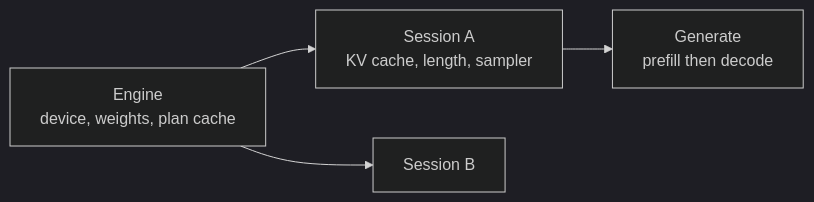
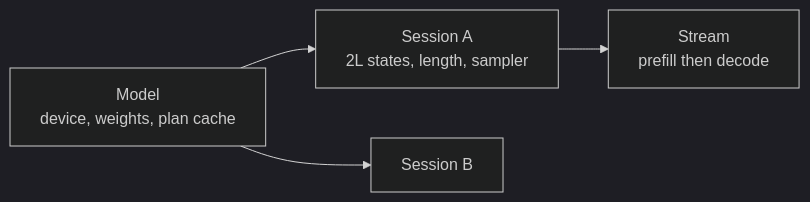
Before and after one commit to latere-ai/tgo: the diagram in specs/007-engine.md, drawn with Mermaid (dark theme). The commit also changed other lines of this file and 2 other files, not shown here.

First line of the commit message:
specs: give the engine its public surface, and the tokenizer the regex problem

````diff
--- a/specs/007-engine.md
+++ b/specs/007-engine.md
@@ -18,6 +84,6 @@
 ```mermaid
 flowchart LR
-  E["Engine<br/>device, weights, plan cache"] --> S1["Session A<br/>KV cache, length, sampler"]
+  E["Model<br/>device, weights, plan cache"] --> S1["Session A<br/>2L states, length, sampler"]
   E --> S2["Session B"]
-  S1 --> G1["Generate<br/>prefill then decode"]
+  S1 --> G1["Stream<br/>prefill then decode"]
 ```
````
